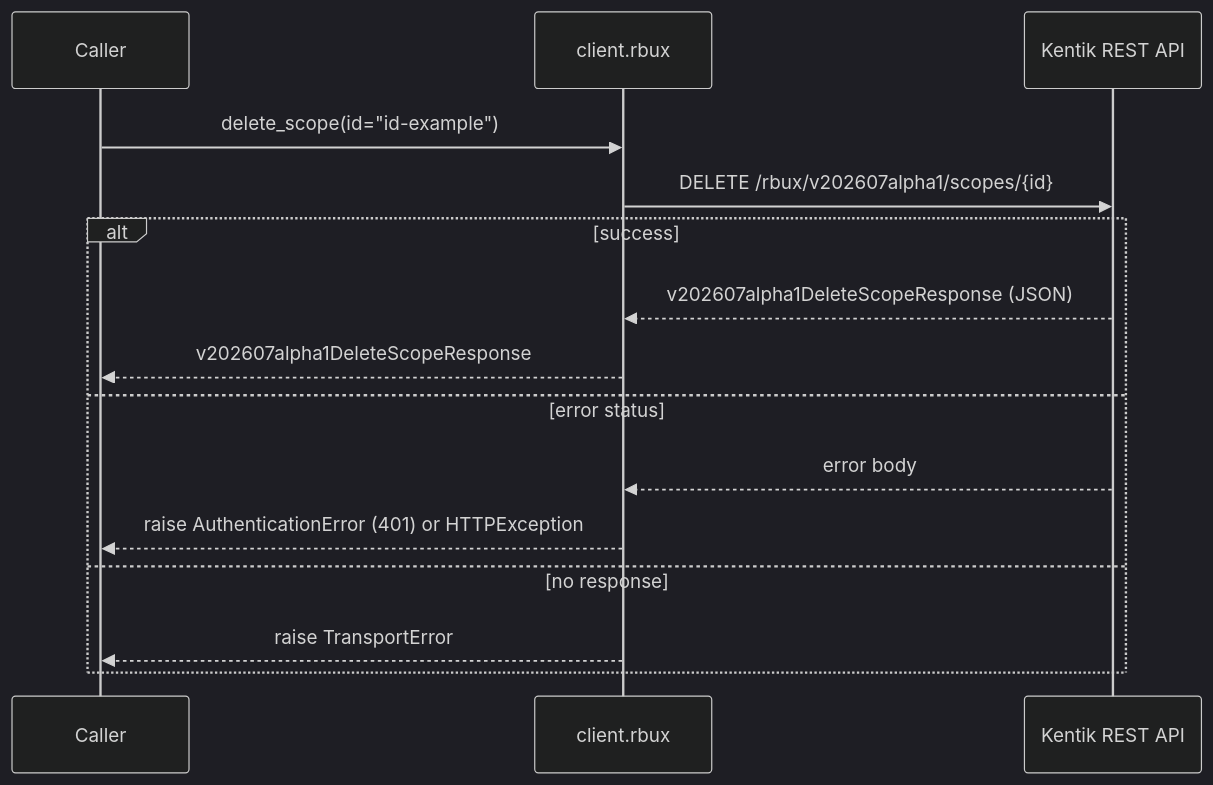
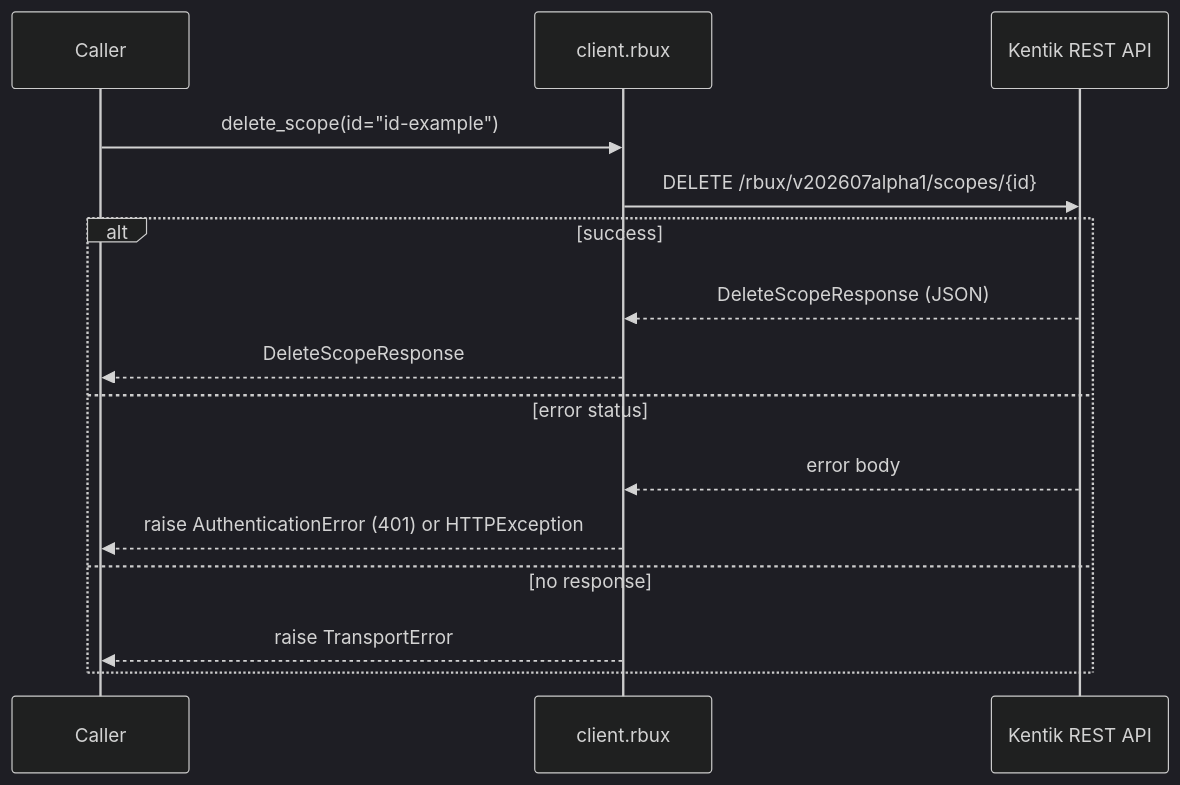
Before and after one commit to alexdearaujo/community_sdk_python: the tenth of 12 diagrams in docs/sphinx/services/rbux.md, drawn with Mermaid (dark theme). The commit also changed other lines of this file and 38 other files, not shown here.

````diff
--- a/docs/sphinx/services/rbux.md
+++ b/docs/sphinx/services/rbux.md
@@ -336,18 +336,18 @@
 ```mermaid
 sequenceDiagram
     participant C as Caller
     participant W as client.rbux
     participant API as Kentik REST API
 
     C->>W: delete_scope(id="id-example")
     W->>API: DELETE /rbux/v202607alpha1/scopes/{id}
     alt success
-        API-->>W: v202607alpha1DeleteScopeResponse (JSON)
-        W-->>C: v202607alpha1DeleteScopeResponse
+        API-->>W: DeleteScopeResponse (JSON)
+        W-->>C: DeleteScopeResponse
     else error status
         API-->>W: error body
         W-->>C: raise AuthenticationError (401) or HTTPException
     else no response
         W-->>C: raise TransportError
     end
 ```
````
